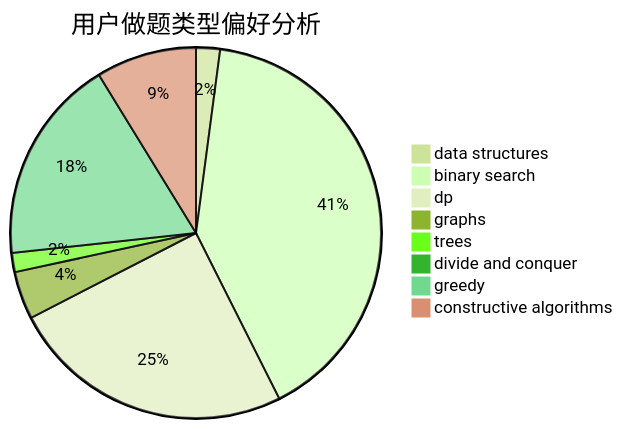
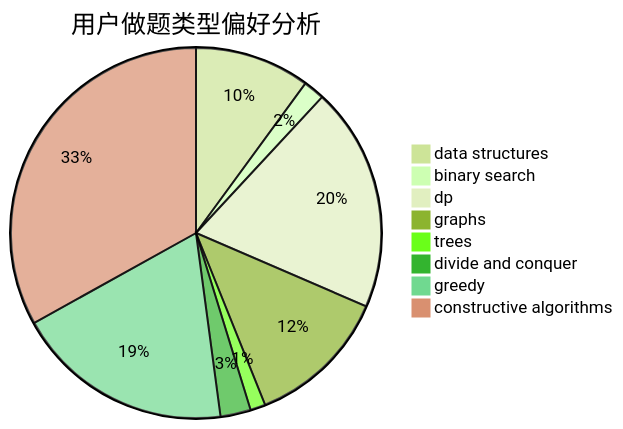
One commit to sherpahu/cfrs.github.io changed the second of 3 diagrams in docs/user/u1095.md. Above: the diagram before and after it, drawn with Mermaid (forest theme). The commit also changed other lines of this file and 2770 other files, not shown here.

````diff
--- a/docs/user/u1095.md
+++ b/docs/user/u1095.md
@@ -23,11 +23,11 @@
 ```mermaid
 pie title 用户做题类型偏好分析
-    "data structures" :  10
-    "binary search" :  194
-    "dp" :  119
-    "graphs" :  20
-    "trees" :  8
-    "divide and conquer" :  0
-    "greedy" :  86
-    "constructive algorithms" :  42
+    "data structures" :  38
+    "binary search" :  7
+    "dp" :  74
+    "graphs" :  47
+    "trees" :  5
+    "divide and conquer" :  10
+    "greedy" :  72
+    "constructive algorithms" :  125
 ```
````
